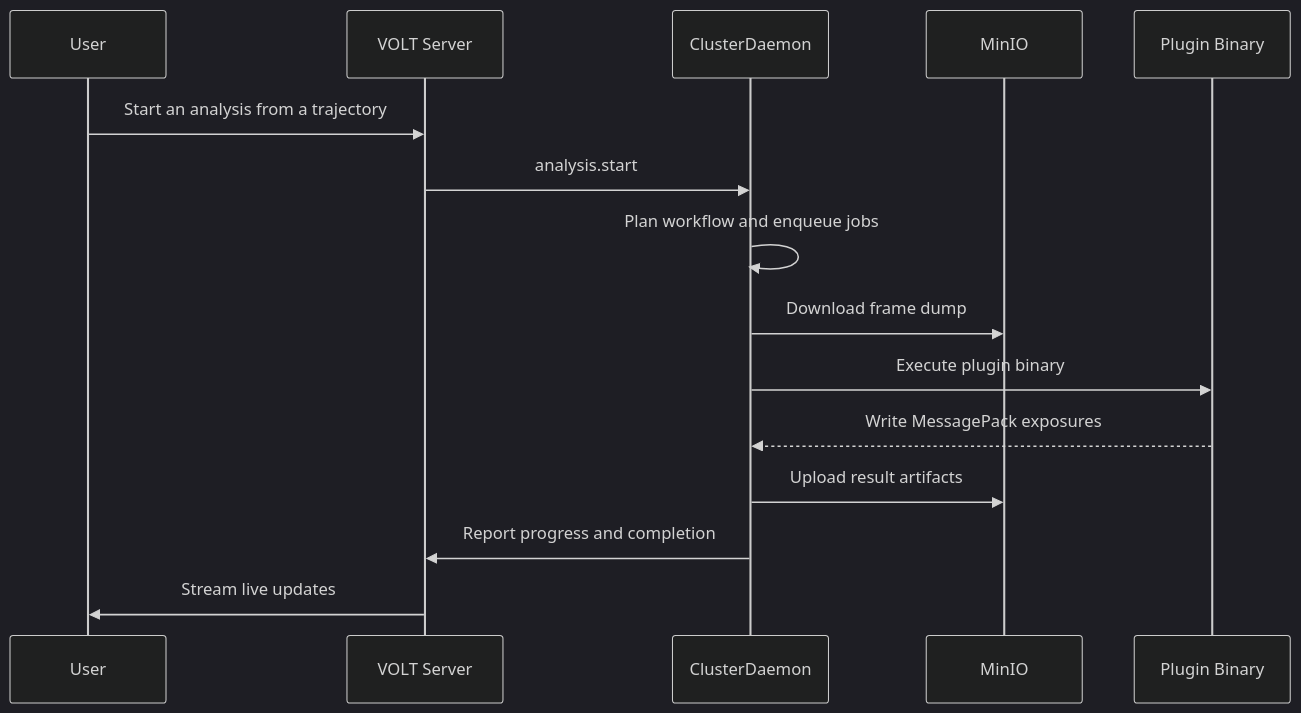
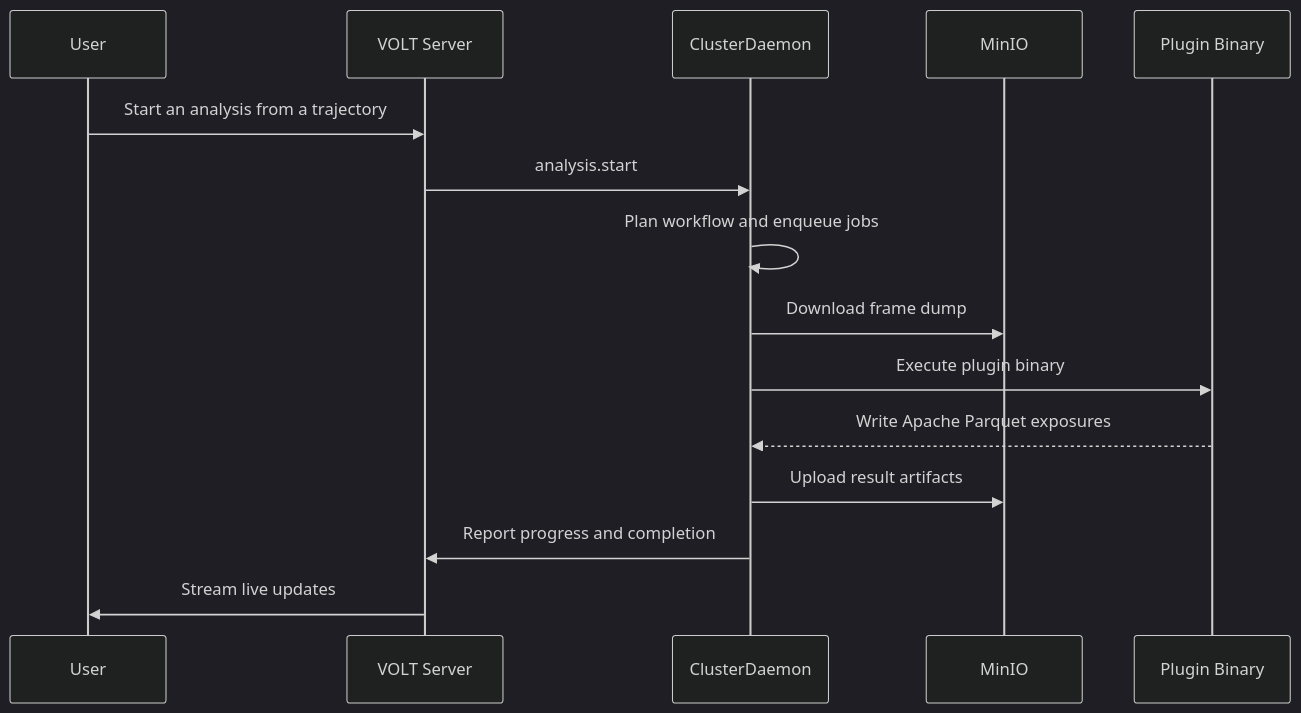
Before and after one commit to VoltLabs-Research/docs.voltcloud.dev: the second of 2 diagrams in content/docs/architecture.mdx, drawn with Mermaid (dark theme). The commit also changed other lines of this file and 21 other files, not shown here.

````diff
--- a/content/docs/architecture.mdx
+++ b/content/docs/architecture.mdx
@@ -89,18 +89,18 @@
 ```mermaid
 sequenceDiagram
     participant U as User
     participant S as VOLT Server
     participant D as ClusterDaemon
     participant M as MinIO
     participant P as Plugin Binary
 
     U->>S: Start an analysis from a trajectory
     S->>D: analysis.start
     D->>D: Plan workflow and enqueue jobs
     D->>M: Download frame dump
     D->>P: Execute plugin binary
-    P-->>D: Write MessagePack exposures
+    P-->>D: Write Apache Parquet exposures
     D->>M: Upload result artifacts
     D->>S: Report progress and completion
     S->>U: Stream live updates
 ```
````
